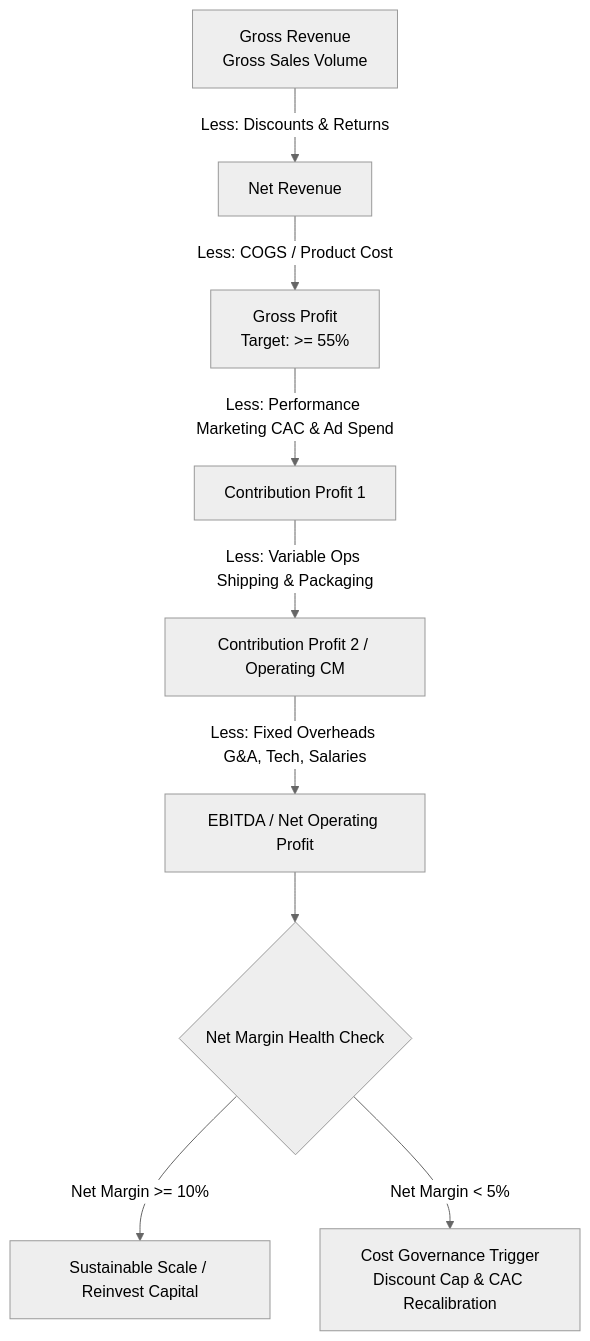
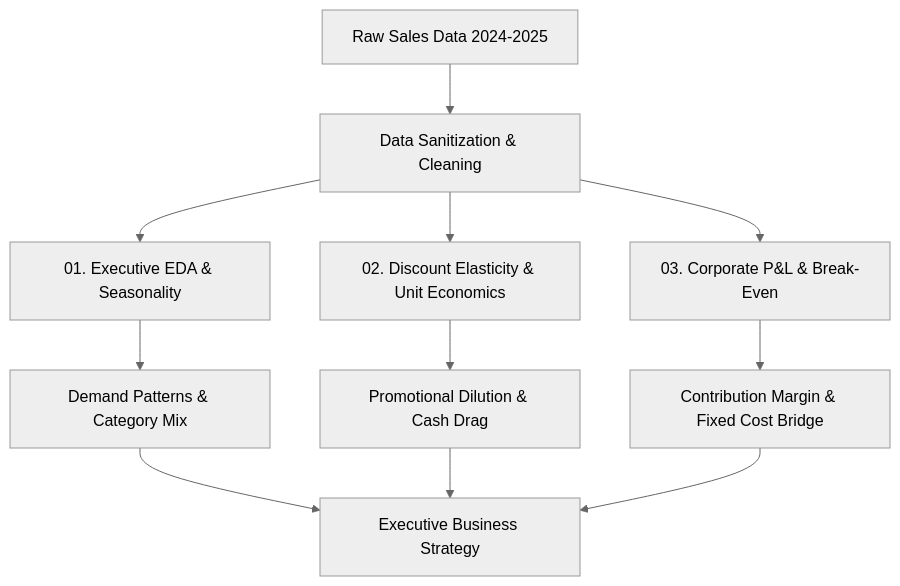
Before and after one commit to KuzevaStasy/E-commerce-Profitability-P-L-Analysis: the diagram in README.md, drawn with Mermaid (neutral theme). The commit also changed other lines of this file, not shown here.

````diff
--- a/README.md
+++ b/README.md
@@ -51,15 +9,15 @@
 ```mermaid
-flowchart TD
-    A[Gross Revenue\nGross Sales Volume] -->|Less: Discounts & Returns| B[Net Revenue]
-    
-    B -->|Less: COGS / Product Cost| C[Gross Profit\nTarget: >= 55%]
-    
-    C -->|Less: Performance Marketing CAC & Ad Spend| D[Contribution Profit 1]
-    D -->|Less: Variable Ops Shipping & Packaging| E[Contribution Profit 2 / Operating CM]
-    
-    E -->|Less: Fixed Overheads G&A, Tech, Salaries| F[EBITDA / Net Operating Profit]
-    
-    F --> G{Net Margin Health Check}
-    G -- Net Margin >= 10% --> H[Sustainable Scale / Reinvest Capital]
-    G -- Net Margin < 5% --> I[Cost Governance Trigger\nDiscount Cap & CAC Recalibration]
+graph TD
+    A[Raw Sales Data 2024-2025] --> B[Data Sanitization & Cleaning]
+    B --> C[01. Executive EDA & Seasonality]
+    B --> D[02. Discount Elasticity & Unit Economics]
+    B --> E[03. Corporate P&L & Break-Even]
+
+    C --> F[Demand Patterns & Category Mix]
+    D --> G[Promotional Dilution & Cash Drag]
+    E --> H[Contribution Margin & Fixed Cost Bridge]
+
+    F --> I[Executive Business Strategy]
+    G --> I
+    H --> I
 ```
````
